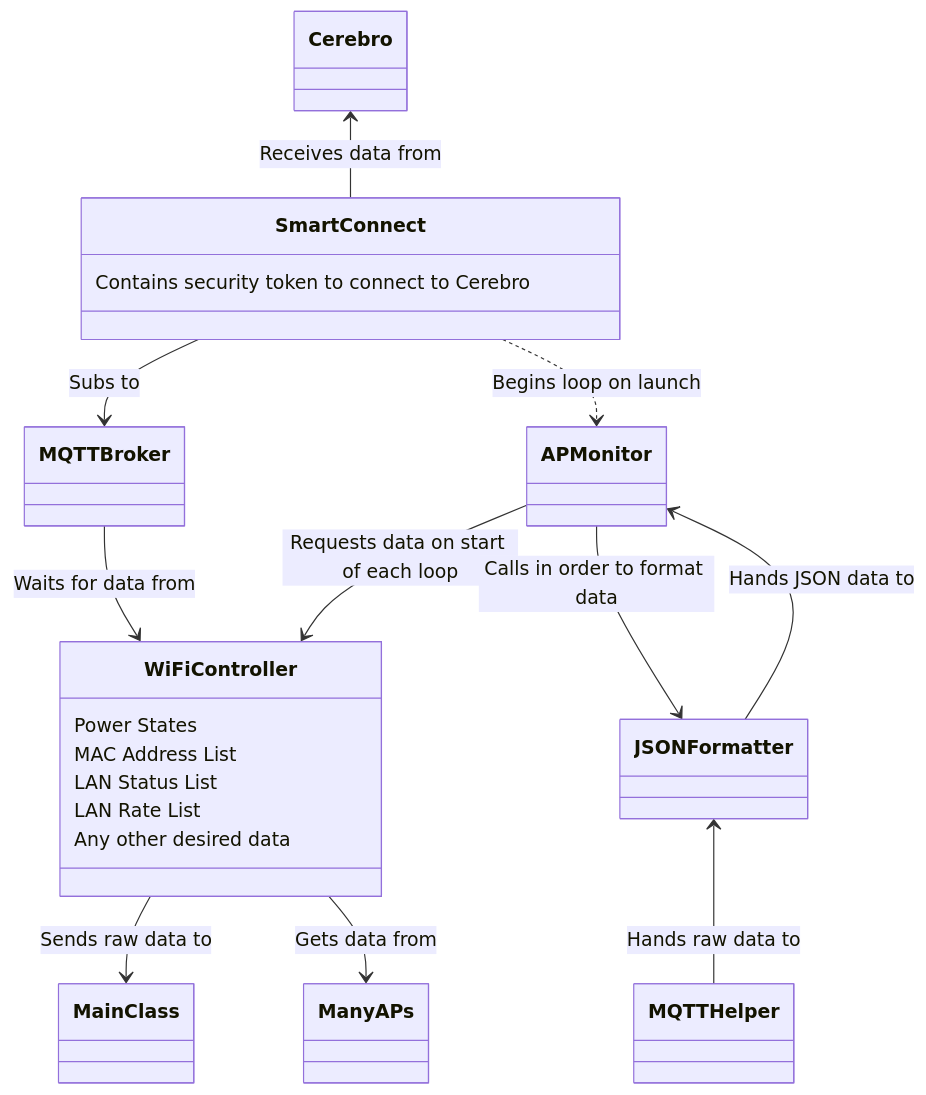
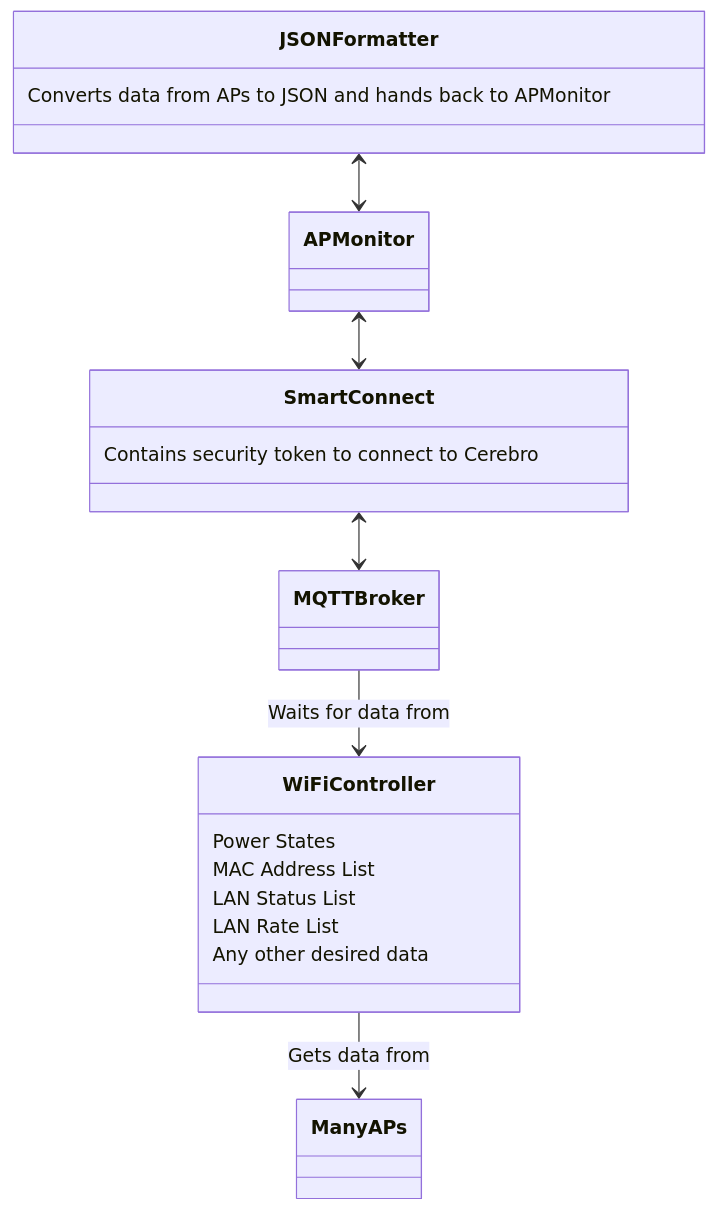
Before and after one commit to nicholasverdugo/Obsidian: the second of 2 diagrams in ZCom AP Project.md, drawn with Mermaid. The commit also changed other lines of this file, not shown here.

Commit message:
vault backup: 2022-09-20 14:48:41

````diff
--- a/ZCom AP Project.md
+++ b/ZCom AP Project.md
@@ -46,19 +46,15 @@
 ```mermaid
 classDiagram
-SmartConnect-->MQTT Broker : Subs to
+SmartConnect<-->MQTT Broker
 SmartConnect : Contains security token to connect to Cerebro
-SmartConnect..>APMonitor : Begins loop on launch
 MQTT Broker-->WiFiController : Waits for data from
-Cerebro<--SmartConnect : Receives data from
-APMonitor-->WiFiController : Requests data on start of each loop
 WiFiController : Power States
 WiFiController : MAC Address List
 WiFiController : LAN Status List
 WiFiController : LAN Rate List
 WiFiController : Any other desired data
-WiFiController-->Main Class : Sends raw data to
-APMonitor-->JSONFormatter : Calls in order to format data
-JSONFormatter<--MQTTHelper : Hands raw data to
-JSONFormatter-->APMonitor : Hands JSON data to
+APMonitor<-->SmartConnect
+JSONFormatter<-->APMonitor
+JSONFormatter : Converts data from APs to JSON and hands back to APMonitor
 WiFiController-->Many APs : Gets data from
 ```
````
